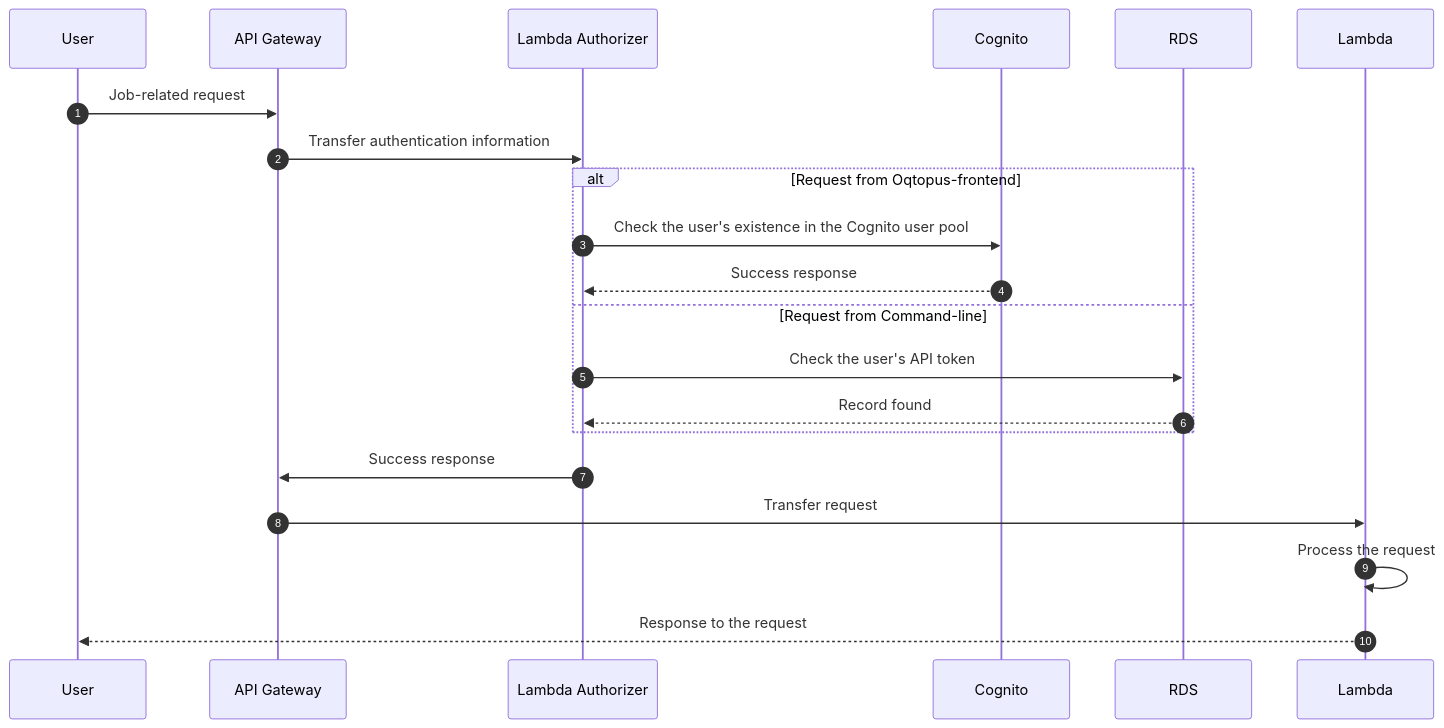
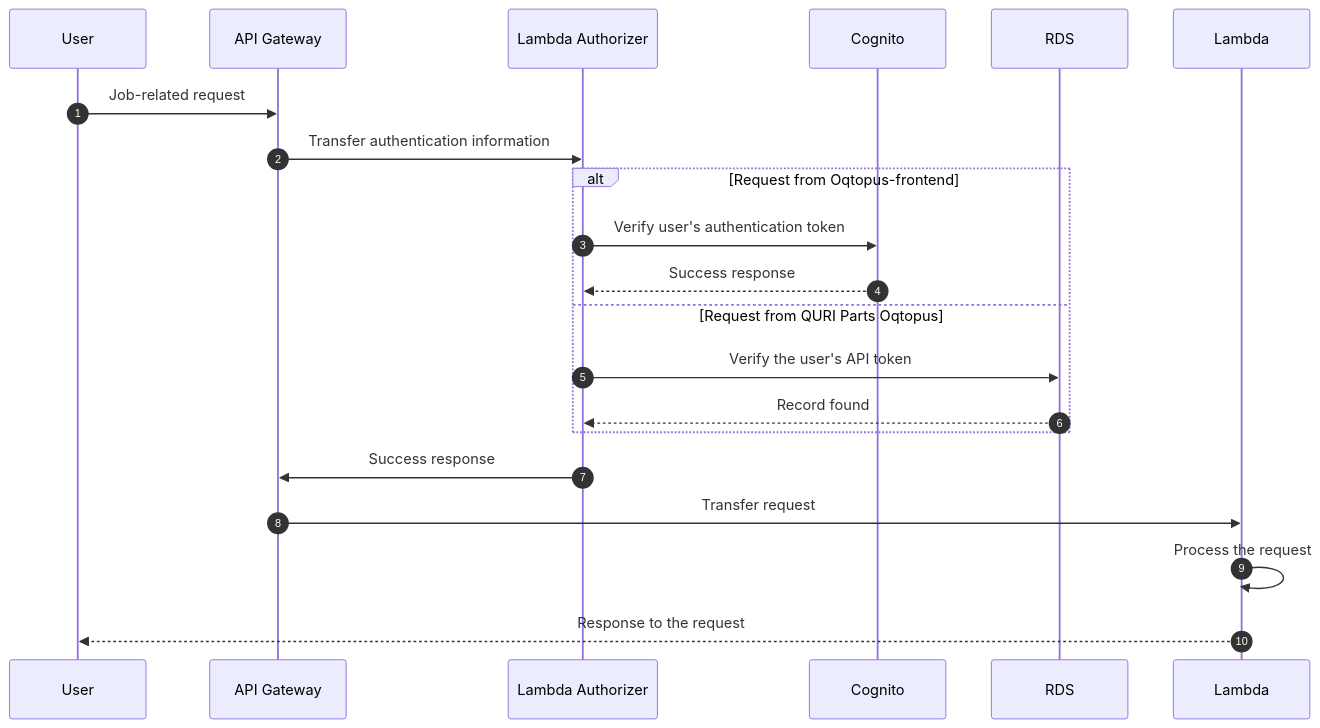
Before and after one commit to oqtopus-team/oqtopus-cloud: the diagram in docs/en/architecture/frontend_authentication_flow.md, drawn with Mermaid. The commit also changed other lines of this file and 1 other file, not shown here.

Commit message:
docs: Add comments to allow_origins in API modules for clarity on client restrictions

````diff
--- a/docs/en/architecture/frontend_authentication_flow.md
+++ b/docs/en/architecture/frontend_authentication_flow.md
@@ -9,24 +28,24 @@
 ```mermaid
 sequenceDiagram
     autonumber
     participant U as User
     participant AG as API Gateway
     participant LA as Lambda Authorizer
     participant C as Cognito
     participant DB as RDS
     participant L as Lambda
 
     U->>AG: Job-related request
     AG->>LA: Transfer authentication information
     alt Request from Oqtopus-frontend
-      LA->>C: Check the user's existence in the Cognito user pool
+      LA->>C: Verify user's authentication token
       C-->>LA: Success response
-    else Request from Command-line
-      LA->>DB: Check the user's API token
+    else Request from QURI Parts Oqtopus
+      LA->>DB: Verify the user's API token
       DB-->>LA: Record found
     end
     LA->>AG: Success response
     AG->>L: Transfer request
     L->>L: Process the request
     L-->>U: Response to the request
 ```
````
